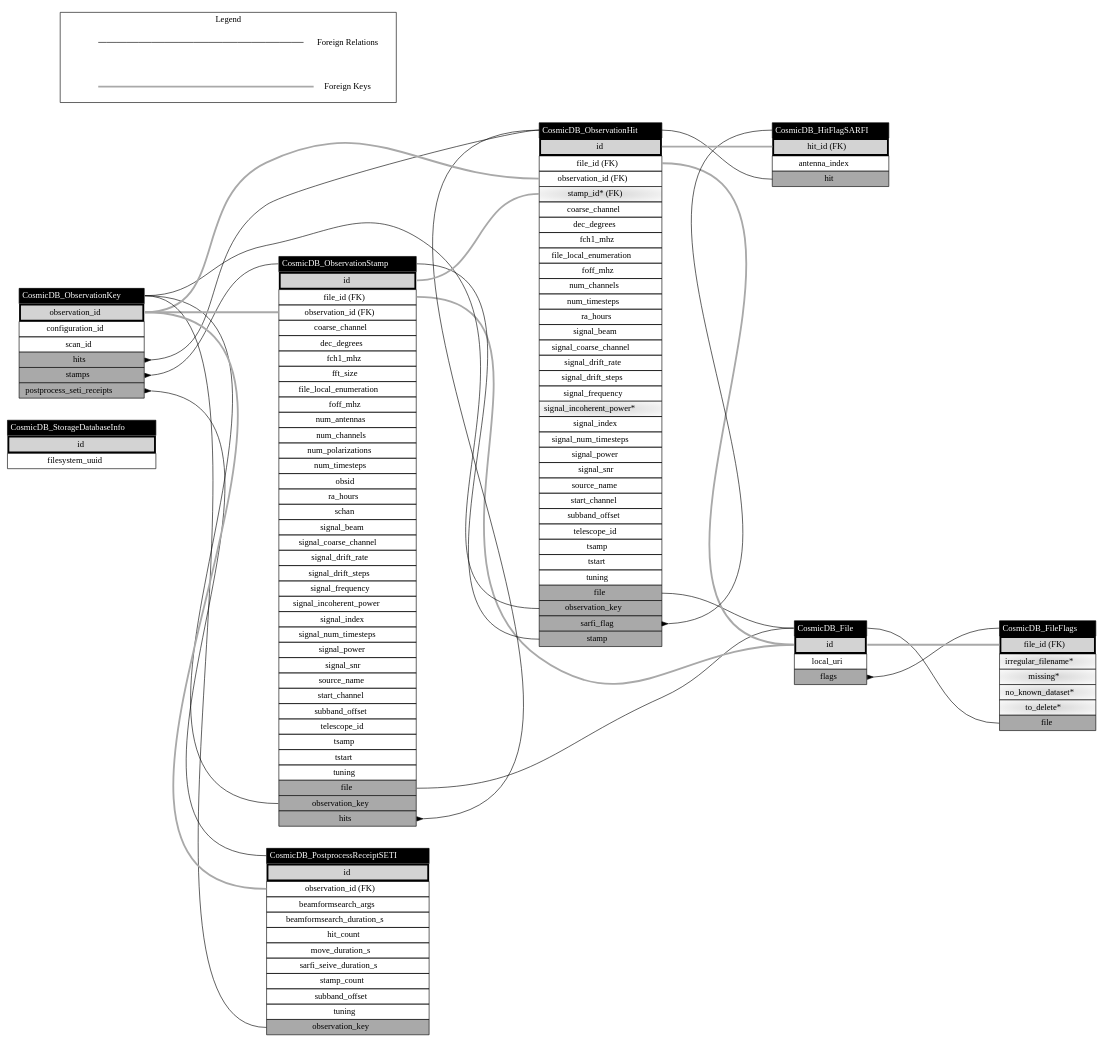
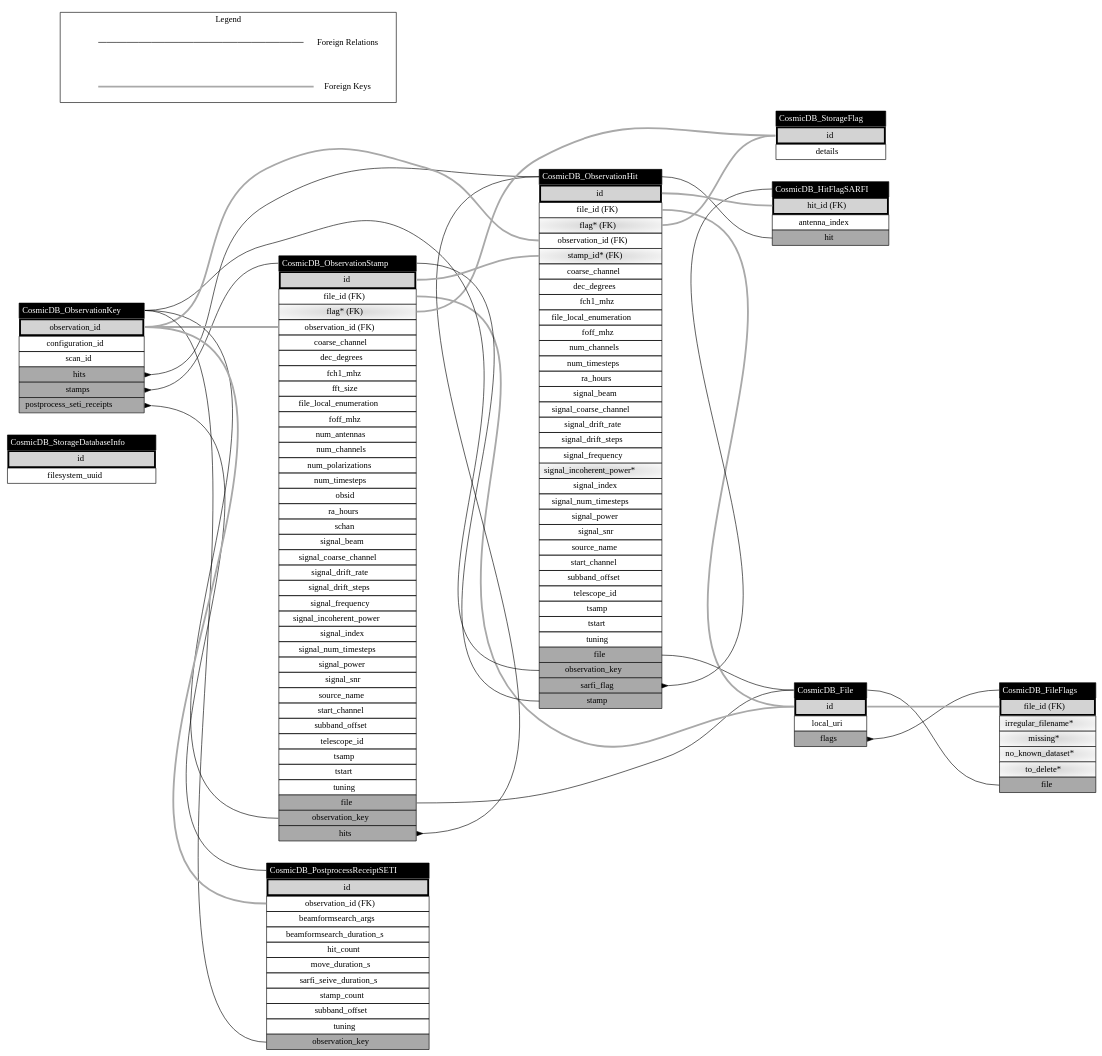
The diagram in docs/classes_Storage.dot (COSMIC-SETI/COSMIC-VLA-Database), drawn with Graphviz before and after one commit. The commit also changed 7 other files, not shown here.

```diff
--- a/docs/classes_Storage.dot
+++ b/docs/classes_Storage.dot
@@ -1,163 +1,172 @@
 digraph CosmicDB_Storage {
 layout=dot;
 nodesep=0.5;
 rankdir=LR;
 ranksep=2.5;
 CosmicDB_StorageDatabaseInfo [label=<<table border="0" cellborder="1" cellspacing="0" cellpadding="4">
 	<tr><td bgcolor="black" port="class"><font color="white">CosmicDB_StorageDatabaseInfo</font></td></tr>
 	<tr><td port="pk" bgcolor="lightgrey" border="3">id</td></tr>
 	<tr><td port="filesystem_uuid">filesystem_uuid</td></tr>
 </table>>, shape=plain];
 CosmicDB_ObservationKey [label=<<table border="0" cellborder="1" cellspacing="0" cellpadding="4">
 	<tr><td bgcolor="black" port="class"><font color="white">CosmicDB_ObservationKey</font></td></tr>
 	<tr><td port="pk" bgcolor="lightgrey" border="3">observation_id</td></tr>
 	<tr><td port="configuration_id">configuration_id</td></tr>
 	<tr><td port="scan_id">scan_id</td></tr>
 	<tr><td bgcolor="darkgrey" port="hits">hits</td></tr>
 	<tr><td bgcolor="darkgrey" port="stamps">stamps</td></tr>
 	<tr><td bgcolor="darkgrey" port="postprocess_seti_receipts">postprocess_seti_receipts</td></tr>
 </table>>, shape=plain];
 CosmicDB_File [label=<<table border="0" cellborder="1" cellspacing="0" cellpadding="4">
 	<tr><td bgcolor="black" port="class"><font color="white">CosmicDB_File</font></td></tr>
 	<tr><td port="pk" bgcolor="lightgrey" border="3">id</td></tr>
 	<tr><td port="local_uri">local_uri</td></tr>
 	<tr><td bgcolor="darkgrey" port="flags">flags</td></tr>
 </table>>, shape=plain];
 CosmicDB_FileFlags [label=<<table border="0" cellborder="1" cellspacing="0" cellpadding="4">
 	<tr><td bgcolor="black" port="class"><font color="white">CosmicDB_FileFlags</font></td></tr>
 	<tr><td port="pk" bgcolor="lightgrey" border="3">file_id (FK)</td></tr>
 	<tr><td port="irregular_filename" bgcolor="lightgrey:white" style="radial">irregular_filename*</td></tr>
 	<tr><td port="missing" bgcolor="lightgrey:white" style="radial">missing*</td></tr>
 	<tr><td port="no_known_dataset" bgcolor="lightgrey:white" style="radial">no_known_dataset*</td></tr>
 	<tr><td port="to_delete" bgcolor="lightgrey:white" style="radial">to_delete*</td></tr>
 	<tr><td bgcolor="darkgrey" port="file">file</td></tr>
 </table>>, shape=plain];
 CosmicDB_ObservationStamp [label=<<table border="0" cellborder="1" cellspacing="0" cellpadding="4">
 	<tr><td bgcolor="black" port="class"><font color="white">CosmicDB_ObservationStamp</font></td></tr>
 	<tr><td port="pk" bgcolor="lightgrey" border="3">id</td></tr>
 	<tr><td port="file_id">file_id (FK)</td></tr>
+	<tr><td port="flag" bgcolor="lightgrey:white" style="radial">flag* (FK)</td></tr>
 	<tr><td port="observation_id">observation_id (FK)</td></tr>
 	<tr><td port="coarse_channel">coarse_channel</td></tr>
 	<tr><td port="dec_degrees">dec_degrees</td></tr>
 	<tr><td port="fch1_mhz">fch1_mhz</td></tr>
 	<tr><td port="fft_size">fft_size</td></tr>
 	<tr><td port="file_local_enumeration">file_local_enumeration</td></tr>
 	<tr><td port="foff_mhz">foff_mhz</td></tr>
 	<tr><td port="num_antennas">num_antennas</td></tr>
 	<tr><td port="num_channels">num_channels</td></tr>
 	<tr><td port="num_polarizations">num_polarizations</td></tr>
 	<tr><td port="num_timesteps">num_timesteps</td></tr>
 	<tr><td port="obsid">obsid</td></tr>
 	<tr><td port="ra_hours">ra_hours</td></tr>
 	<tr><td port="schan">schan</td></tr>
 	<tr><td port="signal_beam">signal_beam</td></tr>
 	<tr><td port="signal_coarse_channel">signal_coarse_channel</td></tr>
 	<tr><td port="signal_drift_rate">signal_drift_rate</td></tr>
 	<tr><td port="signal_drift_steps">signal_drift_steps</td></tr>
 	<tr><td port="signal_frequency">signal_frequency</td></tr>
 	<tr><td port="signal_incoherent_power">signal_incoherent_power</td></tr>
 	<tr><td port="signal_index">signal_index</td></tr>
 	<tr><td port="signal_num_timesteps">signal_num_timesteps</td></tr>
 	<tr><td port="signal_power">signal_power</td></tr>
 	<tr><td port="signal_snr">signal_snr</td></tr>
 	<tr><td port="source_name">source_name</td></tr>
 	<tr><td port="start_channel">start_channel</td></tr>
 	<tr><td port="subband_offset">subband_offset</td></tr>
 	<tr><td port="telescope_id">telescope_id</td></tr>
 	<tr><td port="tsamp">tsamp</td></tr>
 	<tr><td port="tstart">tstart</td></tr>
 	<tr><td port="tuning">tuning</td></tr>
 	<tr><td bgcolor="darkgrey" port="file">file</td></tr>
 	<tr><td bgcolor="darkgrey" port="observation_key">observation_key</td></tr>
 	<tr><td bgcolor="darkgrey" port="hits">hits</td></tr>
 </table>>, shape=plain];
 CosmicDB_ObservationHit [label=<<table border="0" cellborder="1" cellspacing="0" cellpadding="4">
 	<tr><td bgcolor="black" port="class"><font color="white">CosmicDB_ObservationHit</font></td></tr>
 	<tr><td port="pk" bgcolor="lightgrey" border="3">id</td></tr>
 	<tr><td port="file_id">file_id (FK)</td></tr>
+	<tr><td port="flag" bgcolor="lightgrey:white" style="radial">flag* (FK)</td></tr>
 	<tr><td port="observation_id">observation_id (FK)</td></tr>
 	<tr><td port="stamp_id" bgcolor="lightgrey:white" style="radial">stamp_id* (FK)</td></tr>
 	<tr><td port="coarse_channel">coarse_channel</td></tr>
 	<tr><td port="dec_degrees">dec_degrees</td></tr>
 	<tr><td port="fch1_mhz">fch1_mhz</td></tr>
 	<tr><td port="file_local_enumeration">file_local_enumeration</td></tr>
 	<tr><td port="foff_mhz">foff_mhz</td></tr>
 	<tr><td port="num_channels">num_channels</td></tr>
 	<tr><td port="num_timesteps">num_timesteps</td></tr>
 	<tr><td port="ra_hours">ra_hours</td></tr>
 	<tr><td port="signal_beam">signal_beam</td></tr>
 	<tr><td port="signal_coarse_channel">signal_coarse_channel</td></tr>
 	<tr><td port="signal_drift_rate">signal_drift_rate</td></tr>
 	<tr><td port="signal_drift_steps">signal_drift_steps</td></tr>
 	<tr><td port="signal_frequency">signal_frequency</td></tr>
 	<tr><td port="signal_incoherent_power" bgcolor="lightgrey:white" style="radial">signal_incoherent_power*</td></tr>
 	<tr><td port="signal_index">signal_index</td></tr>
 	<tr><td port="signal_num_timesteps">signal_num_timesteps</td></tr>
 	<tr><td port="signal_power">signal_power</td></tr>
 	<tr><td port="signal_snr">signal_snr</td></tr>
 	<tr><td port="source_name">source_name</td></tr>
 	<tr><td port="start_channel">start_channel</td></tr>
 	<tr><td port="subband_offset">subband_offset</td></tr>
 	<tr><td port="telescope_id">telescope_id</td></tr>
 	<tr><td port="tsamp">tsamp</td></tr>
 	<tr><td port="tstart">tstart</td></tr>
 	<tr><td port="tuning">tuning</td></tr>
 	<tr><td bgcolor="darkgrey" port="file">file</td></tr>
 	<tr><td bgcolor="darkgrey" port="observation_key">observation_key</td></tr>
 	<tr><td bgcolor="darkgrey" port="sarfi_flag">sarfi_flag</td></tr>
 	<tr><td bgcolor="darkgrey" port="stamp">stamp</td></tr>
 </table>>, shape=plain];
 CosmicDB_HitFlagSARFI [label=<<table border="0" cellborder="1" cellspacing="0" cellpadding="4">
 	<tr><td bgcolor="black" port="class"><font color="white">CosmicDB_HitFlagSARFI</font></td></tr>
 	<tr><td port="pk" bgcolor="lightgrey" border="3">hit_id (FK)</td></tr>
 	<tr><td port="antenna_index">antenna_index</td></tr>
 	<tr><td bgcolor="darkgrey" port="hit">hit</td></tr>
 </table>>, shape=plain];
 CosmicDB_PostprocessReceiptSETI [label=<<table border="0" cellborder="1" cellspacing="0" cellpadding="4">
 	<tr><td bgcolor="black" port="class"><font color="white">CosmicDB_PostprocessReceiptSETI</font></td></tr>
 	<tr><td port="pk" bgcolor="lightgrey" border="3">id</td></tr>
 	<tr><td port="observation_id">observation_id (FK)</td></tr>
 	<tr><td port="beamformsearch_args">beamformsearch_args</td></tr>
 	<tr><td port="beamformsearch_duration_s">beamformsearch_duration_s</td></tr>
 	<tr><td port="hit_count">hit_count</td></tr>
 	<tr><td port="move_duration_s">move_duration_s</td></tr>
 	<tr><td port="sarfi_seive_duration_s">sarfi_seive_duration_s</td></tr>
 	<tr><td port="stamp_count">stamp_count</td></tr>
 	<tr><td port="subband_offset">subband_offset</td></tr>
 	<tr><td port="tuning">tuning</td></tr>
 	<tr><td bgcolor="darkgrey" port="observation_key">observation_key</td></tr>
 </table>>, shape=plain];
+CosmicDB_StorageFlag [label=<<table border="0" cellborder="1" cellspacing="0" cellpadding="4">
+	<tr><td bgcolor="black" port="class"><font color="white">CosmicDB_StorageFlag</font></td></tr>
+	<tr><td port="pk" bgcolor="lightgrey" border="3">id</td></tr>
+	<tr><td port="details">details</td></tr>
+</table>>, shape=plain];
 CosmicDB_ObservationKey:hits -> CosmicDB_ObservationHit:class  [arrowtail=inv, dir=back];
 CosmicDB_ObservationKey:stamps -> CosmicDB_ObservationStamp:class  [arrowtail=inv, dir=back];
 CosmicDB_ObservationKey:postprocess_seti_receipts -> CosmicDB_PostprocessReceiptSETI:class  [arrowtail=inv, dir=back];
 CosmicDB_File:flags -> CosmicDB_FileFlags:class  [arrowtail=inv, dir=back];
 CosmicDB_FileFlags:file -> CosmicDB_File:class  [arrowtail=none, dir=back];
 CosmicDB_ObservationStamp:file -> CosmicDB_File:class  [arrowtail=none, dir=back];
 CosmicDB_ObservationStamp:observation_key -> CosmicDB_ObservationKey:class  [arrowtail=none, dir=back];
 CosmicDB_ObservationStamp:hits -> CosmicDB_ObservationHit:class  [arrowtail=inv, dir=back];
 CosmicDB_ObservationHit:file -> CosmicDB_File:class  [arrowtail=none, dir=back];
 CosmicDB_ObservationHit:observation_key -> CosmicDB_ObservationKey:class  [arrowtail=none, dir=back];
 CosmicDB_ObservationHit:sarfi_flag -> CosmicDB_HitFlagSARFI:class  [arrowtail=inv, dir=back];
 CosmicDB_ObservationHit:stamp -> CosmicDB_ObservationStamp:class  [arrowtail=none, dir=back];
 CosmicDB_HitFlagSARFI:hit -> CosmicDB_ObservationHit:class  [arrowtail=none, dir=back];
 CosmicDB_PostprocessReceiptSETI:observation_key -> CosmicDB_ObservationKey:class  [arrowtail=none, dir=back];
 CosmicDB_FileFlags:pk -> CosmicDB_File:pk  [arrowtail=none, color=darkgrey, dir=back, penwidth=3.0];
 CosmicDB_ObservationStamp:file_id -> CosmicDB_File:pk  [arrowtail=none, color=darkgrey, dir=back, penwidth=3.0];
+CosmicDB_ObservationStamp:flag -> CosmicDB_StorageFlag:pk  [arrowtail=none, color=darkgrey, dir=back, penwidth=3.0];
 CosmicDB_ObservationStamp:observation_id -> CosmicDB_ObservationKey:pk  [arrowtail=none, color=darkgrey, dir=back, penwidth=3.0];
 CosmicDB_ObservationHit:file_id -> CosmicDB_File:pk  [arrowtail=none, color=darkgrey, dir=back, penwidth=3.0];
+CosmicDB_ObservationHit:flag -> CosmicDB_StorageFlag:pk  [arrowtail=none, color=darkgrey, dir=back, penwidth=3.0];
 CosmicDB_ObservationHit:observation_id -> CosmicDB_ObservationKey:pk  [arrowtail=none, color=darkgrey, dir=back, penwidth=3.0];
 CosmicDB_ObservationHit:stamp_id -> CosmicDB_ObservationStamp:pk  [arrowtail=none, color=darkgrey, dir=back, penwidth=3.0];
 CosmicDB_HitFlagSARFI:pk -> CosmicDB_ObservationHit:pk  [arrowtail=none, color=darkgrey, dir=back, penwidth=3.0];
 CosmicDB_PostprocessReceiptSETI:observation_id -> CosmicDB_ObservationKey:pk  [arrowtail=none, color=darkgrey, dir=back, penwidth=3.0];
 subgraph legend {
 cluster=True;
 label="Legend";
 "Foreign Relations_0" [label="", shape=none];
 "Foreign Relations_1" [label="Foreign Relations", shape=none];
 "Foreign Relations_0" -> "Foreign Relations_1"  [arrowtail=none, color=black, dir=back];
 "Foreign Keys_0" [label="", shape=none];
 "Foreign Keys_1" [label="Foreign Keys", shape=none];
 "Foreign Keys_0" -> "Foreign Keys_1"  [arrowtail=none, color=darkgrey, dir=back, penwidth=3.0];
 }
 
 }
```
